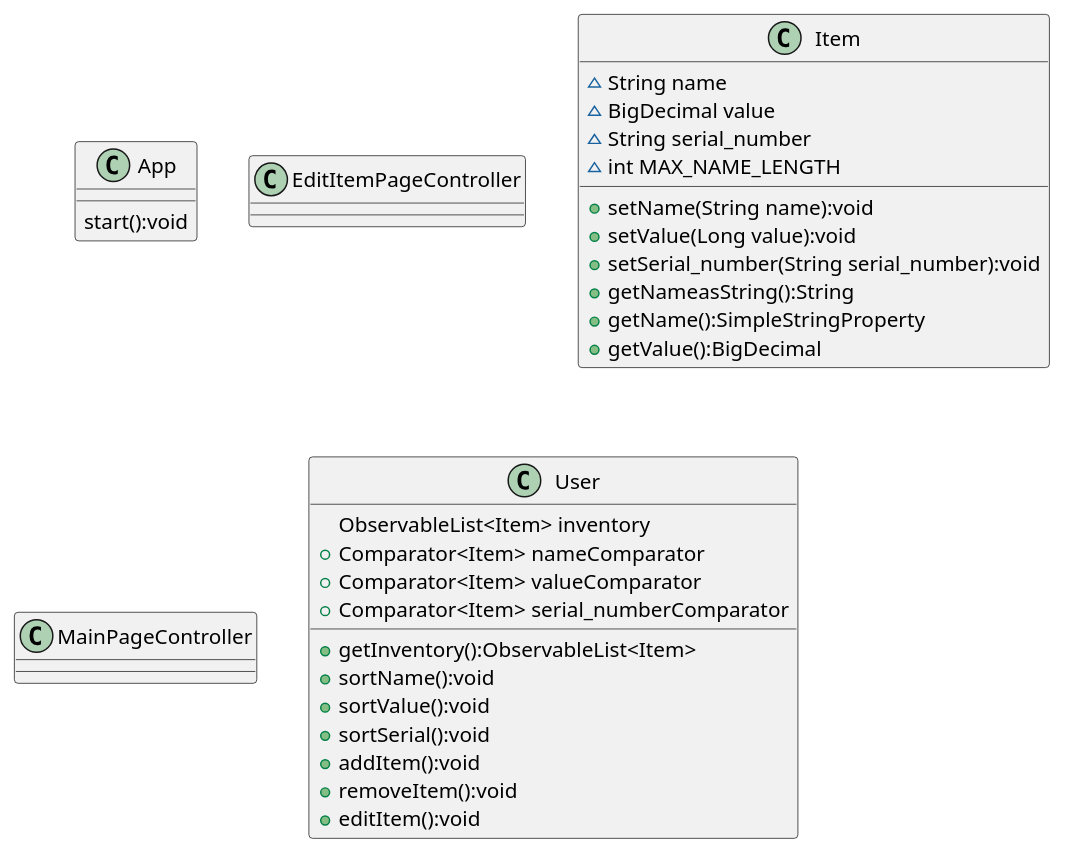
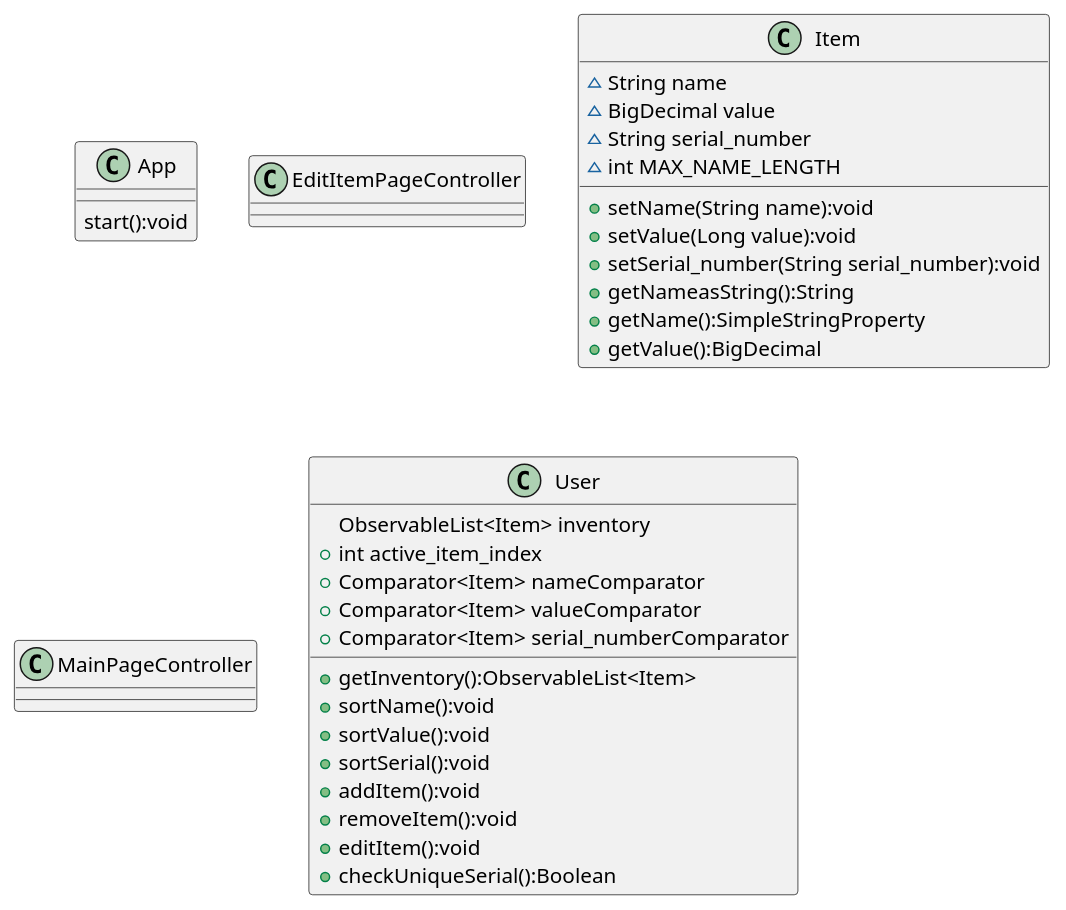
The diagram in uml/Assignment5.puml (Andrew-Shepard/inventory-javafx), drawn with PlantUML before and after one commit. The commit also changed 6 other files, not shown here.

```diff
--- a/uml/Assignment5.puml
+++ b/uml/Assignment5.puml
@@ -1,39 +1,41 @@
 @startuml
 'https://plantuml.com/class-diagram
 
 class App {
     start():void
 }
 class EditItemPageController{
 }
 class Item{
     ~String name
     ~BigDecimal value
     ~String serial_number
     ~int MAX_NAME_LENGTH
 
     +setName(String name):void
     +setValue(Long value):void
     +setSerial_number(String serial_number):void
     +getNameasString():String
     +getName():SimpleStringProperty
     +getValue():BigDecimal
 }
 class MainPageController{
 }
 class User{
     ObservableList<Item> inventory
+    +int active_item_index
     +Comparator<Item> nameComparator
     +Comparator<Item> valueComparator
     +Comparator<Item> serial_numberComparator
 
     +getInventory():ObservableList<Item>
     +sortName():void
     +sortValue():void
     +sortSerial():void
     +addItem():void
     +removeItem():void
     +editItem():void
+    +checkUniqueSerial():Boolean
 }
 
 @enduml
```
